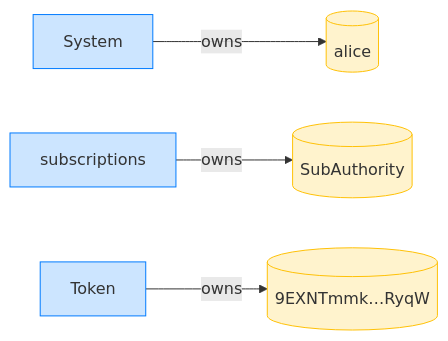
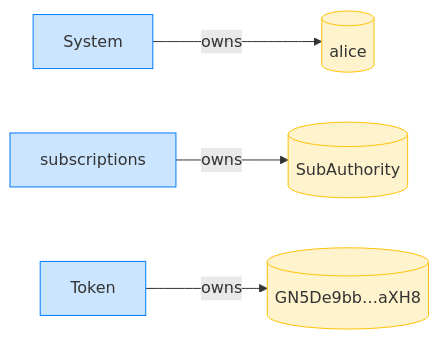
One commit to cds-rs/subscriptions changed the fourth of 12 diagrams in dsl_tests/a-sponsor-can-revoke-an-expired-recurring-delegation.md. Above: the diagram before and after it, drawn with Mermaid. The commit also changed other lines of this file and 224 other files, not shown here.

````diff
--- a/dsl_tests/a-sponsor-can-revoke-an-expired-recurring-delegation.md
+++ b/dsl_tests/a-sponsor-can-revoke-an-expired-recurring-delegation.md
@@ -71,14 +76,14 @@
 ```mermaid
 flowchart LR
     classDef owner fill:#cce5ff,stroke:#007bff;
     classDef account fill:#fff3cd,stroke:#ffc107;
     System[System]:::owner
     alice[(alice)]:::account
     subscriptions[subscriptions]:::owner
     SubAuthority[(SubAuthority)]:::account
     Token[Token]:::owner
-    9EXNTmmk_RyqW[("9EXNTmmk…RyqW")]:::account
+    GN5De9bb_aXH8[("GN5De9bb…aXH8")]:::account
     System -->|owns| alice
     subscriptions -->|owns| SubAuthority
-    Token -->|owns| 9EXNTmmk_RyqW
+    Token -->|owns| GN5De9bb_aXH8
 ```
````
